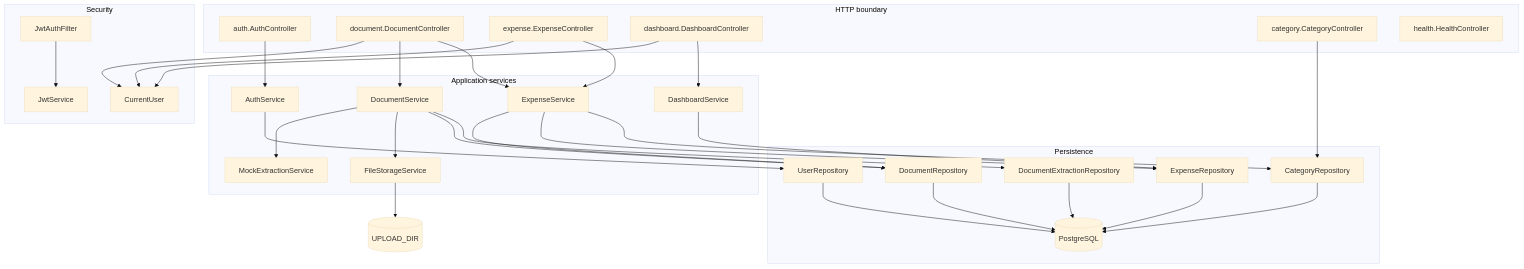
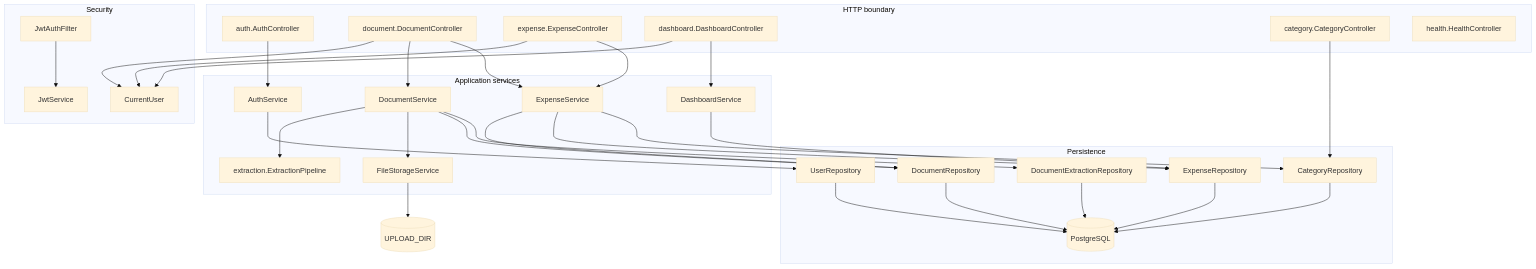
One commit to 22simeon14/finance_tracker changed the third of 9 diagrams in docs/architecture.md. Above: the diagram before and after it, drawn with Mermaid (base theme). The commit also changed other lines of this file and 7 other files, not shown here.

````diff
--- a/docs/architecture.md
+++ b/docs/architecture.md
@@ -136,60 +141,60 @@
 ```mermaid
 flowchart TB
     subgraph api ["HTTP boundary"]
         AuthC[auth.AuthController]
         DocC[document.DocumentController]
         ExpC[expense.ExpenseController]
         DashC[dashboard.DashboardController]
         CatC[category.CategoryController]
         HealthC[health.HealthController]
     end
 
     subgraph security ["Security"]
         Filter[JwtAuthFilter]
         Jwt[JwtService]
         CU[CurrentUser]
     end
 
     subgraph services ["Application services"]
         AuthS[AuthService]
         DocS[DocumentService]
         ExpS[ExpenseService]
         DashS[DashboardService]
-        Mock[MockExtractionService]
+        Pipe[extraction.ExtractionPipeline]
         Files[FileStorageService]
     end
 
     subgraph data ["Persistence"]
         UserR[UserRepository]
         DocR[DocumentRepository]
         ExtR[DocumentExtractionRepository]
         ExpR[ExpenseRepository]
         CatR[CategoryRepository]
         PG[(PostgreSQL)]
     end
 
     Filter --> Jwt
     AuthC --> AuthS --> UserR
     DocC --> CU
     DocC --> DocS
     DocC --> ExpS
     ExpC --> CU
     ExpC --> ExpS
     DashC --> CU
     DashC --> DashS
     DashS --> ExpR
-    DocS --> Mock
+    DocS --> Pipe
     DocS --> Files
     DocS --> DocR
     DocS --> ExtR
     ExpS --> DocR
     ExpS --> ExpR
     ExpS --> CatR
     CatC --> CatR
     UserR --> PG
     DocR --> PG
     ExtR --> PG
     ExpR --> PG
     CatR --> PG
     Files --> Disk[(UPLOAD_DIR)]
 ```
````
